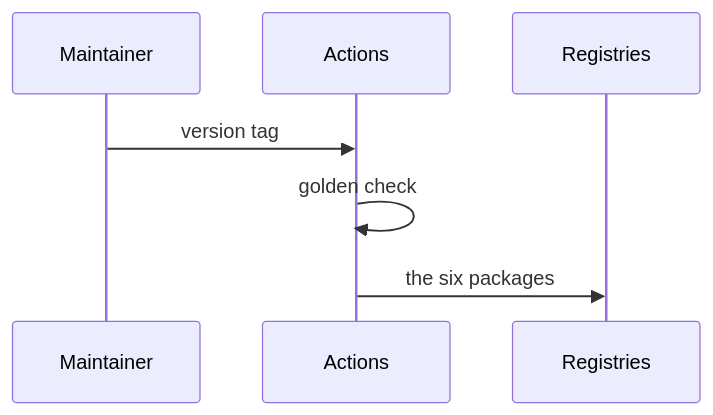
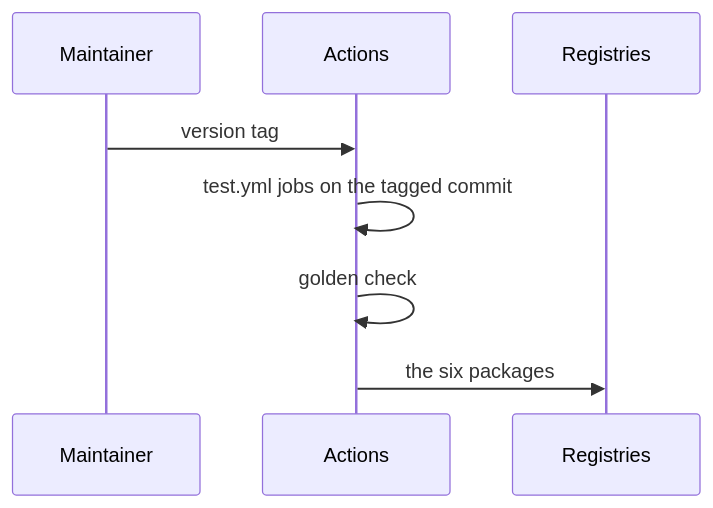
Before and after one commit to zxsanny/packbin: the fifth of 6 diagrams in _docs/02_document/system-flows.md, drawn with Mermaid. The commit also changed other lines of this file and 8 other files, not shown here.

First line of the commit message:
[AZ-2095] Publish waits for the tests on the tagged commit

````diff
--- a/_docs/02_document/system-flows.md
+++ b/_docs/02_document/system-flows.md
@@ -155,9 +155,10 @@
 ```mermaid
 sequenceDiagram
     participant Maintainer
     participant Actions
     participant Registries
     Maintainer->>Actions: version tag
+    Actions->>Actions: test.yml jobs on the tagged commit
     Actions->>Actions: golden check
     Actions->>Registries: the six packages
 ```
````
